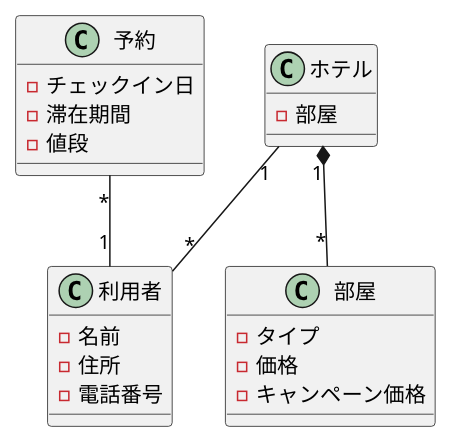
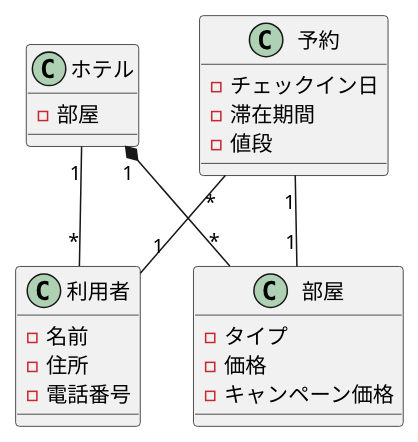
The diagram in 演習3-3_CL_ホテルと利用者と部屋と予約.pu (koha0516/uml-introduction), drawn with PlantUML before and after one commit.

```diff
--- a/演習3-3_CL_ホテルと利用者と部屋と予約.pu
+++ b/演習3-3_CL_ホテルと利用者と部屋と予約.pu
@@ -1,23 +1,24 @@
 @startuml 演習3-3
 class "利用者" as cu {
 - 名前
 - 住所
 - 電話番号
 }
 class "ホテル" as ho{
 - 部屋
 }
 class "部屋" as ro {
 - タイプ
 - 価格
 - キャンペーン価格
 }
 class "予約" as re {
 - チェックイン日
 - 滞在期間
 - 値段
 }
 ho "1" *--"*" ro
 ho "1" --"*" cu
 re "*" -- "1" cu
+re "1" -- "1" ro
 @enduml
```
